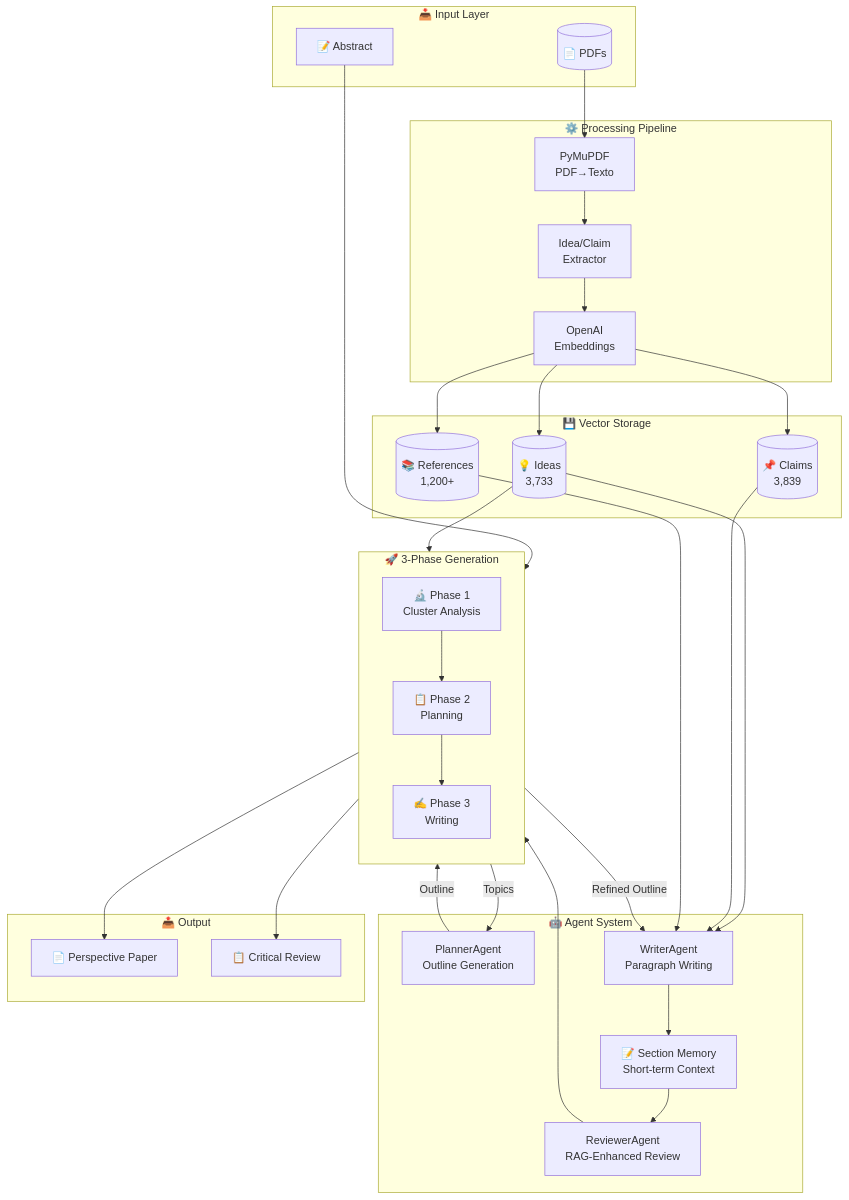
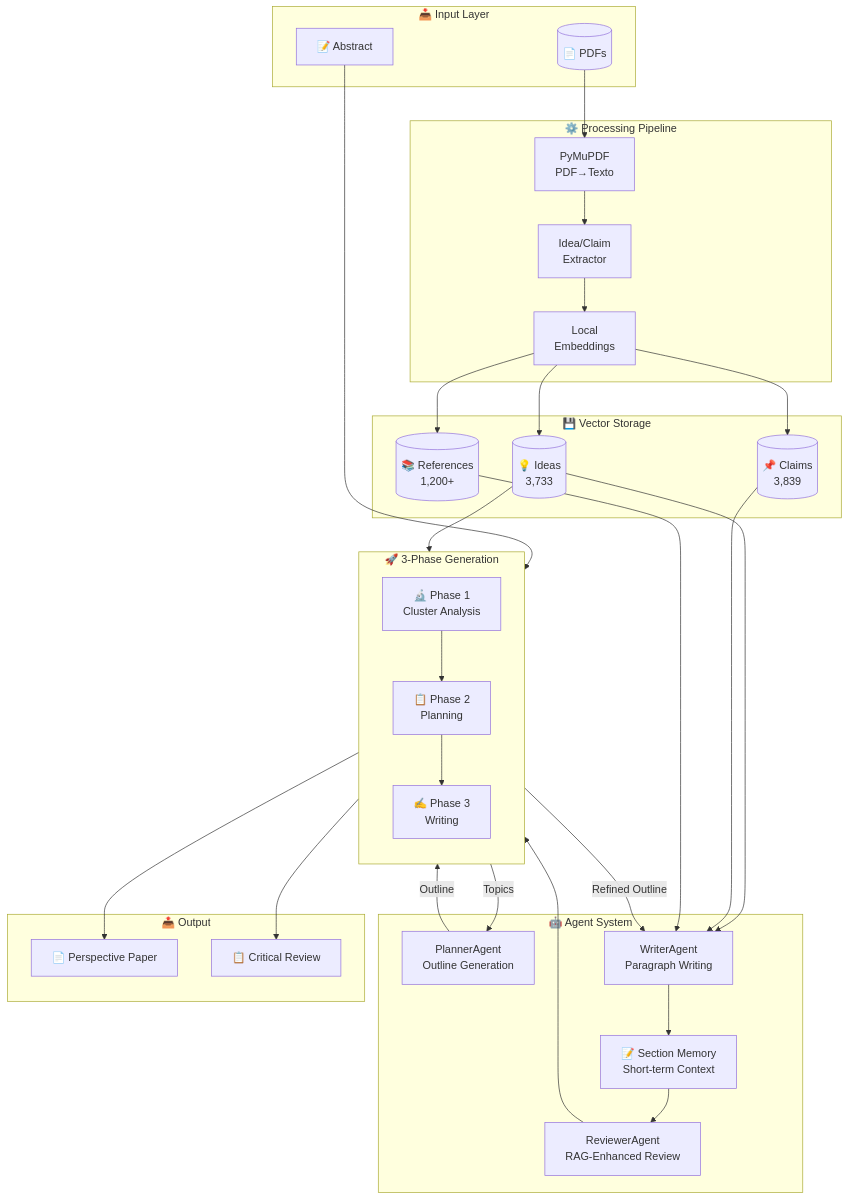
The diagram in README.md (mikelval82/TheAiWriter), drawn with Mermaid before and after one commit. The commit also changed other lines of this file and 25 other files, not shown here.

````diff
--- a/README.md
+++ b/README.md
@@ -17,52 +17,52 @@
 ```mermaid
 flowchart TB
     subgraph Input["📥 Input Layer"]
         PDFs[("📄 PDFs")]
         Abstract["📝 Abstract"]
     end
 
     subgraph Processing["⚙️ Processing Pipeline"]
         Reader["PyMuPDF\nPDF→Texto"]
         Extractor["Idea/Claim\nExtractor"]
-        Embedder["OpenAI\nEmbeddings"]
+        Embedder["Local\nEmbeddings"]
         PDFs --> Reader --> Extractor --> Embedder
     end
 
     subgraph Storage["💾 Vector Storage"]
         Ideas[("💡 Ideas\n3,733")]
         Claims[("📌 Claims\n3,839")]
         Refs[("📚 References\n1,200+")]
         Embedder --> Ideas & Claims & Refs
     end
 
     subgraph Generation["🚀 3-Phase Generation"]
         direction TB
         P1["🔬 Phase 1\nCluster Analysis"]
         P2["📋 Phase 2\nPlanning"]
         P3["✍️ Phase 3\nWriting"]
         P1 --> P2 --> P3
     end
 
     subgraph Agents["🤖 Agent System"]
         Planner["PlannerAgent\nOutline Generation"]
         Writer["WriterAgent\nParagraph Writing"]
         Reviewer["ReviewerAgent\nRAG-Enhanced Review"]
         Memory["📝 Section Memory\nShort-term Context"]
     end
 
     subgraph Output["📤 Output"]
         Paper["📄 Perspective Paper"]
         Review["📋 Critical Review"]
     end
 
     Abstract --> P1
     Ideas --> P1
     P1 -->|Topics| Planner
     Planner -->|Outline| P2
     P2 -->|Refined Outline| Writer
     Ideas & Claims & Refs --> Writer
     Writer --> Memory
     Memory --> Reviewer
     Reviewer --> P3
     P3 --> Paper & Review
 ```
````
